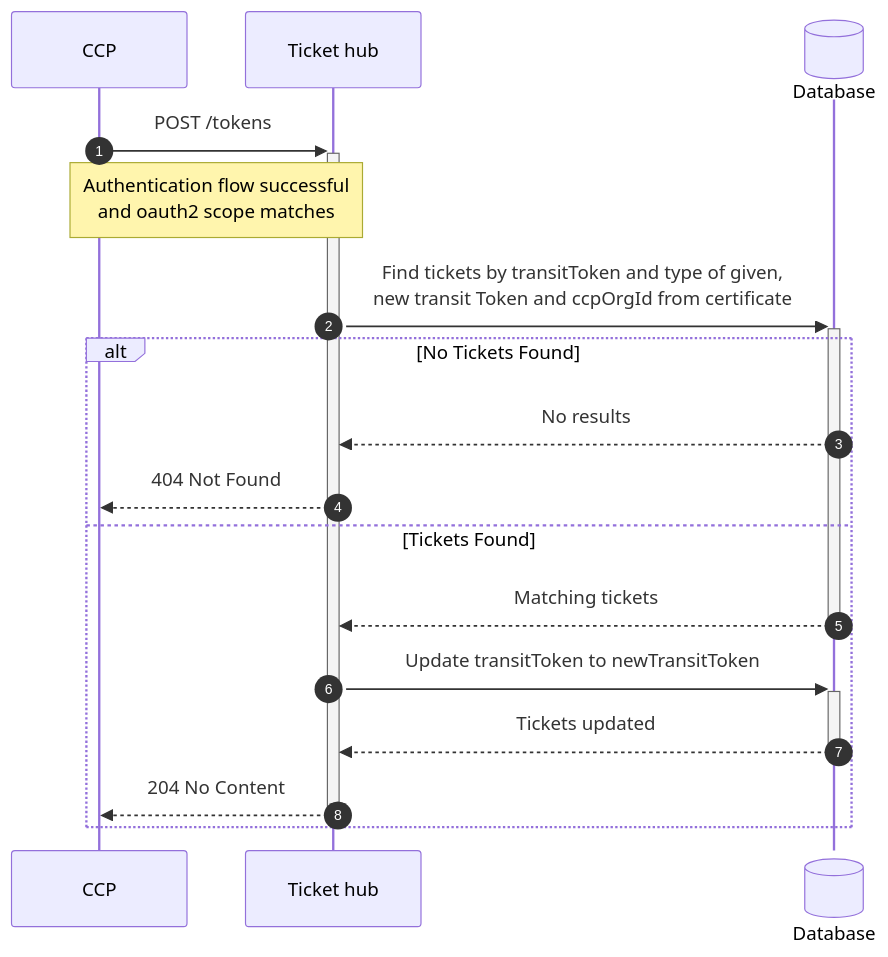
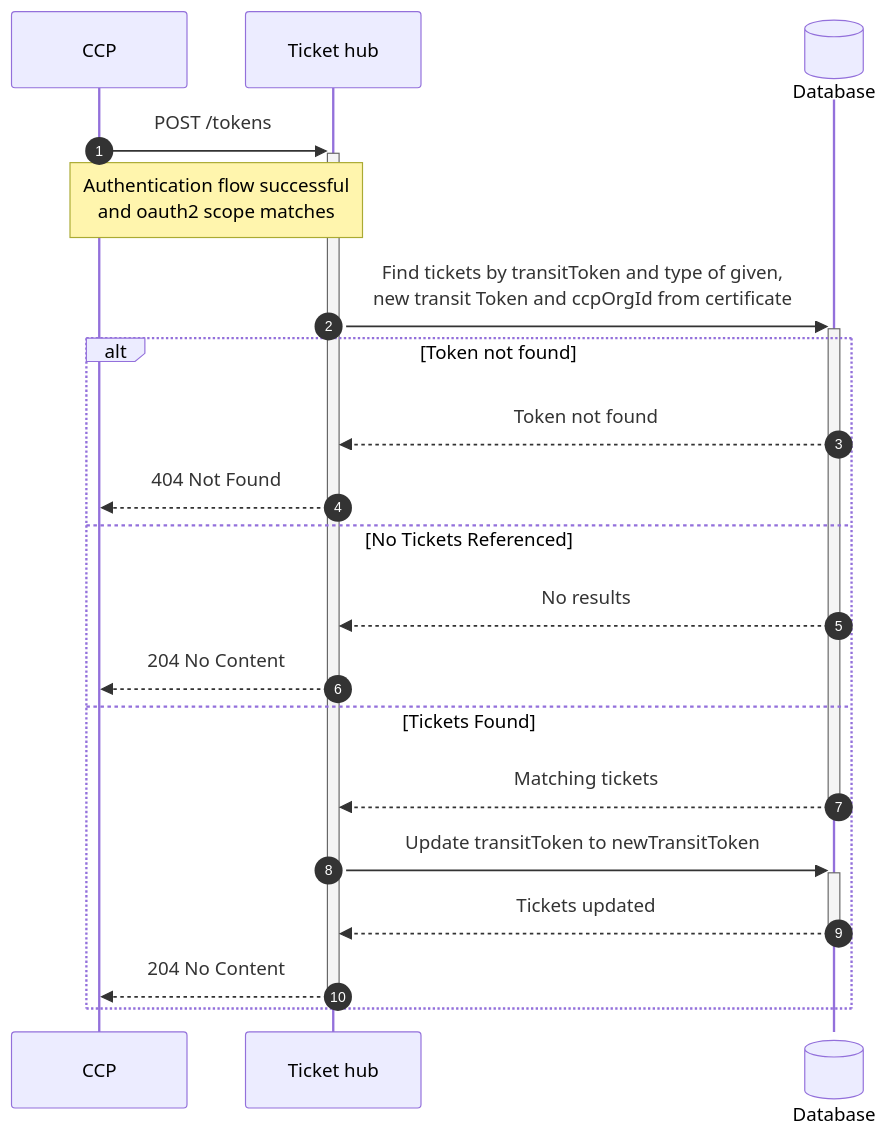
One commit to HUSST-de/ABT-Ticketspeicher-Schnittstelle changed the fourth of 5 diagrams in UseCases.md. Above: the diagram before and after it, drawn with Mermaid. The commit also changed other lines of this file and 3 other files, not shown here.

````diff
--- a/UseCases.md
+++ b/UseCases.md
@@ -120,22 +120,25 @@
 ```mermaid
 sequenceDiagram
     autonumber
     participant Client as CCP
     participant Tickethub as Ticket hub
     participant Database@{"type":"database"}
 
     Client->>+Tickethub: POST /tokens
     note over Client,Tickethub: Authentication flow successful<br>and oauth2 scope matches
 
     Tickethub->>+Database: Find tickets by transitToken and type of given,<br>new transit Token and ccpOrgId from certificate
 
-    alt No Tickets Found
+    alt Token not found
+        Database-->>Tickethub: Token not found
+        Tickethub-->>Client: 404 Not Found
+    else No Tickets Referenced
         Database-->>Tickethub: No results
-        Tickethub-->>Client: 404 Not Found
+        Tickethub-->>Client: 204 No Content
     else Tickets Found
         Database-->>-Tickethub: Matching tickets
         Tickethub->>+Database: Update transitToken to newTransitToken
         Database-->>-Tickethub: Tickets updated
         Tickethub-->>-Client: 204 No Content
     end
 ```
````
